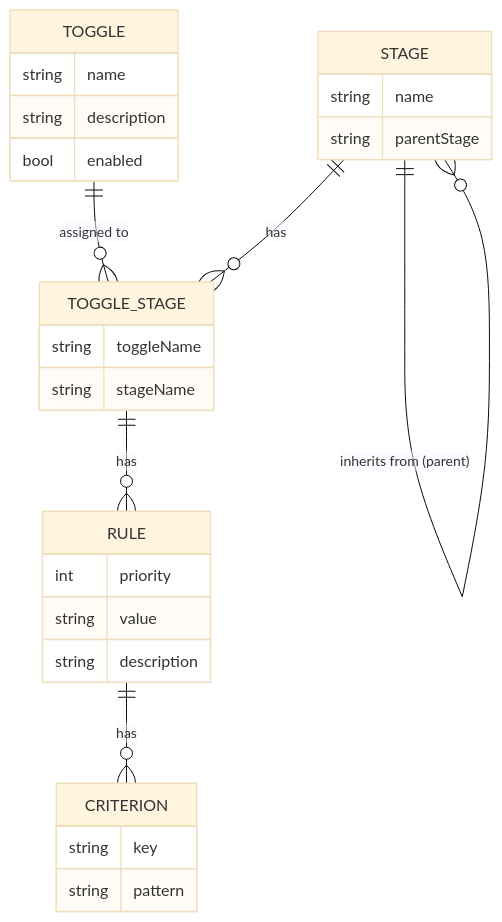
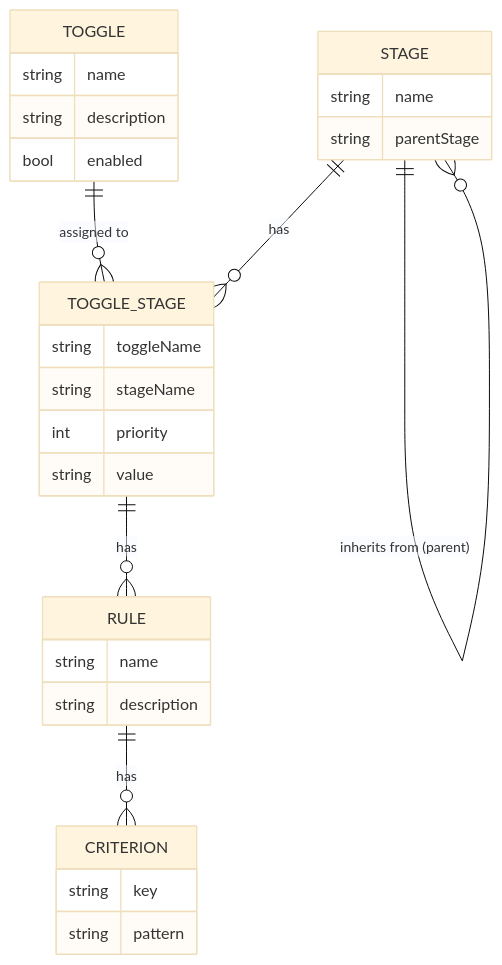
The first of 2 diagrams in USER_GUIDE.md (abstratium-dev/abstoggle), drawn with Mermaid (base theme) before and after one commit. The commit also changed other lines of this file and 68 other files, not shown here.

````diff
--- a/USER_GUIDE.md
+++ b/USER_GUIDE.md
@@ -29,31 +32,32 @@
 ```mermaid
 erDiagram
     STAGE ||--o{ STAGE : "inherits from (parent)"
     TOGGLE ||--o{ TOGGLE_STAGE : "assigned to"
     STAGE  ||--o{ TOGGLE_STAGE : "has"
     TOGGLE_STAGE ||--o{ RULE : "has"
     RULE ||--o{ CRITERION : "has"
 
     TOGGLE {
         string name
         string description
         bool   enabled
     }
     STAGE {
         string name
         string parentStage
     }
     TOGGLE_STAGE {
         string toggleName
         string stageName
+        int    priority
+        string value
     }
     RULE {
-        int    priority
-        string value
+        string name
         string description
     }
     CRITERION {
         string key
         string pattern
     }
 ```
````
